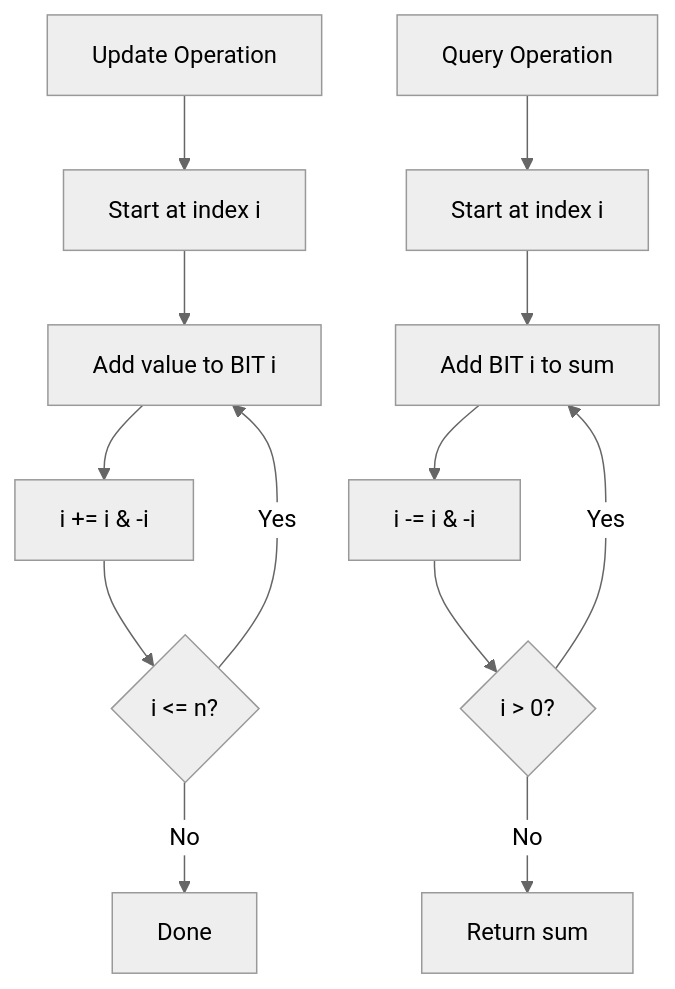
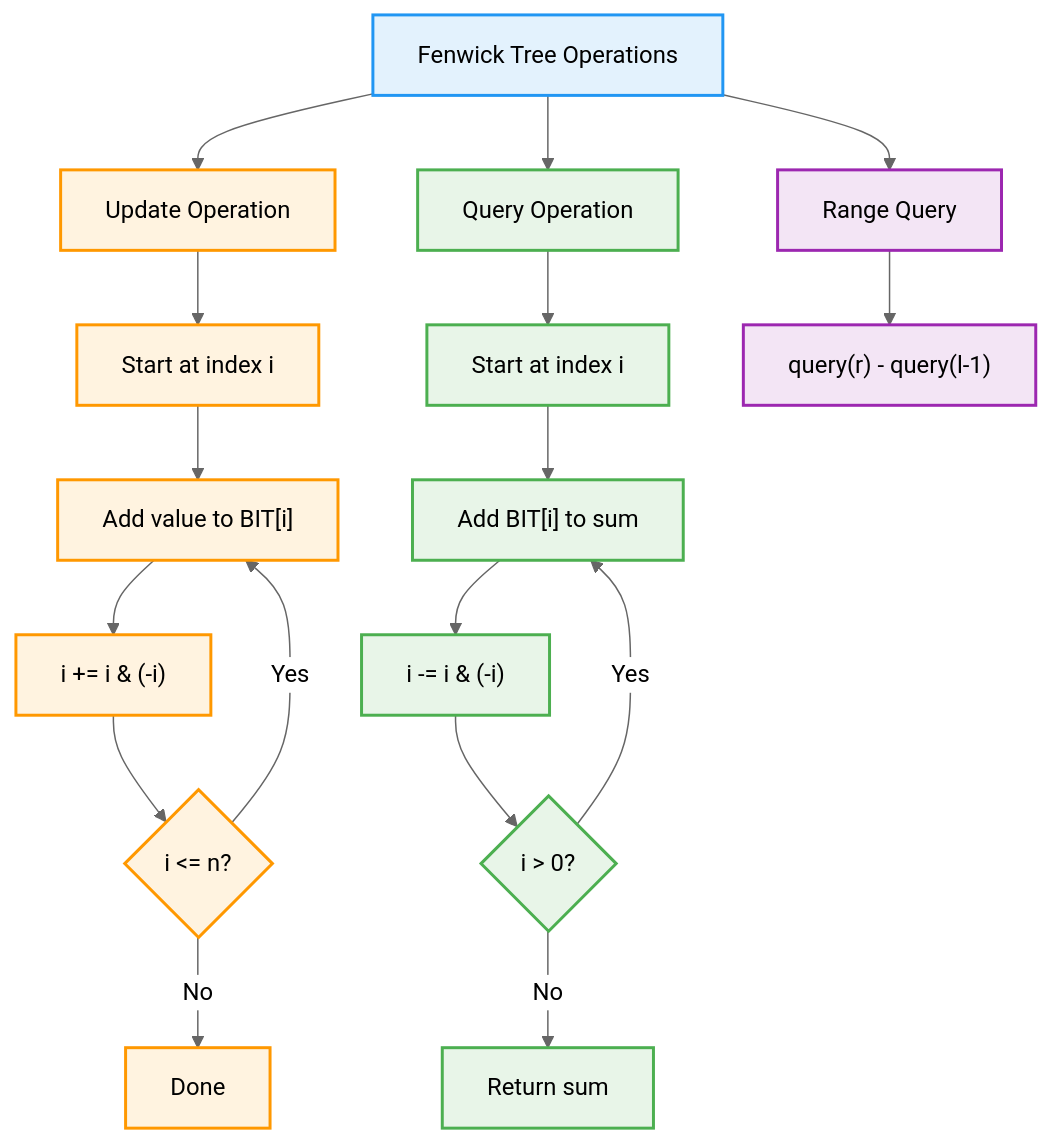
The fourth of 7 diagrams in concepts/fenwick-tree.md (AbhishekGiri04/Algorithmics-Foundations), drawn with Mermaid (neutral theme) before and after one commit. The commit also changed other lines of this file, not shown here.

Commit message:
Update Fenwick tree guide with professional formatting, light color boxes, and friendly presentation

````diff
--- a/concepts/fenwick-tree.md
+++ b/concepts/fenwick-tree.md
@@ -221,16 +194,32 @@
 ```mermaid
 flowchart TD
-    A[Update Operation] --> B[Start at index i]
-    B --> C[Add value to BIT i]
-    C --> D[i += i & -i]
-    D --> E{i <= n?}
-    E -->|Yes| C
-    E -->|No| F[Done]
+    A["Fenwick Tree Operations"] --> B["Update Operation"]
+    A --> C["Query Operation"]
+    A --> D["Range Query"]
     
-    G[Query Operation] --> H[Start at index i]
-    H --> I[Add BIT i to sum]
-    I --> J[i -= i & -i]
-    J --> K{i > 0?}
-    K -->|Yes| I
-    K -->|No| L[Return sum]
+    B --> E["Start at index i"]
+    E --> F["Add value to BIT[i]"]
+    F --> G["i += i & (-i)"]
+    G --> H{"i <= n?"}
+    H -->|Yes| F
+    H -->|No| I["Done"]
+    
+    C --> J["Start at index i"]
+    J --> K["Add BIT[i] to sum"]
+    K --> L["i -= i & (-i)"]
+    L --> M{"i > 0?"}
+    M -->|Yes| K
+    M -->|No| N["Return sum"]
+    
+    D --> O["query(r) - query(l-1)"]
+    
+    classDef default fill:#f9f9f9,stroke:#333,stroke-width:2px,color:#000
+    classDef operation fill:#e3f2fd,stroke:#2196f3,stroke-width:2px,color:#000
+    classDef update fill:#fff3e0,stroke:#ff9800,stroke-width:2px,color:#000
+    classDef query fill:#e8f5e8,stroke:#4caf50,stroke-width:2px,color:#000
+    classDef range fill:#f3e5f5,stroke:#9c27b0,stroke-width:2px,color:#000
+    class A operation
+    class B,E,F,G,H,I update
+    class C,J,K,L,M,N query
+    class D,O range
 ```
````
